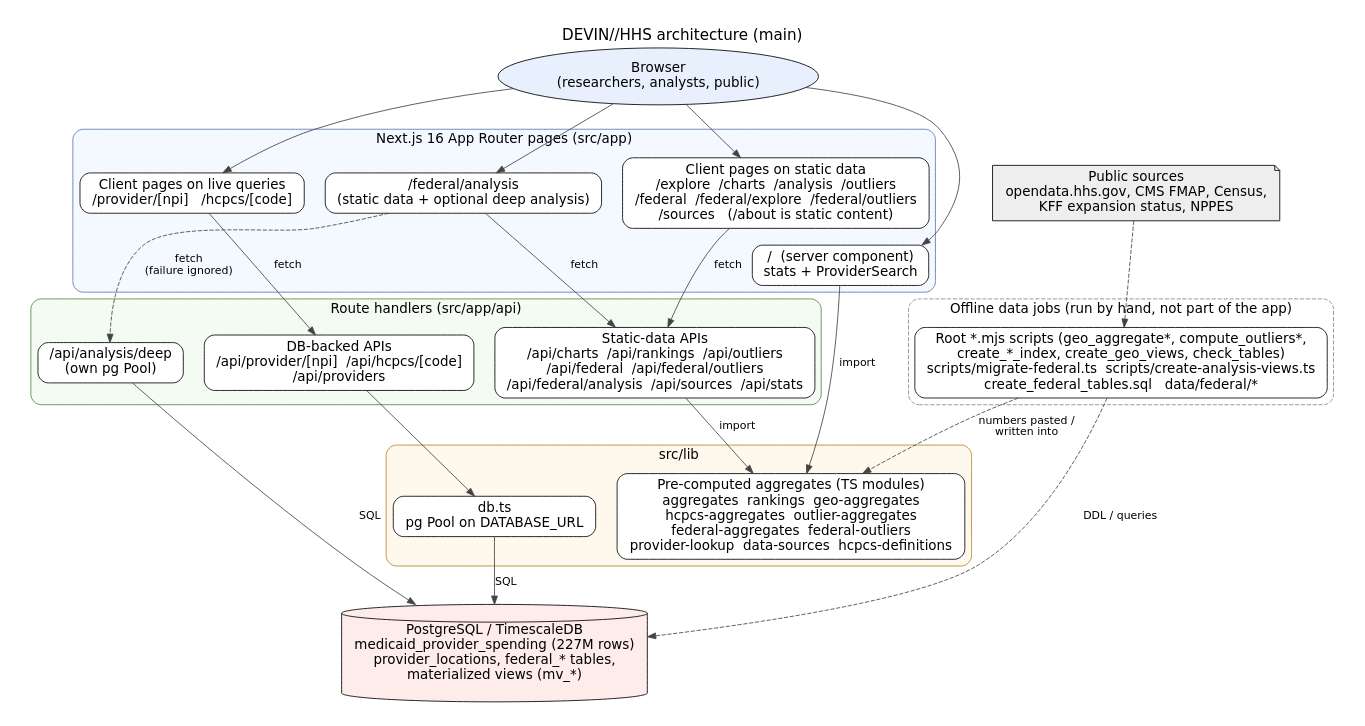
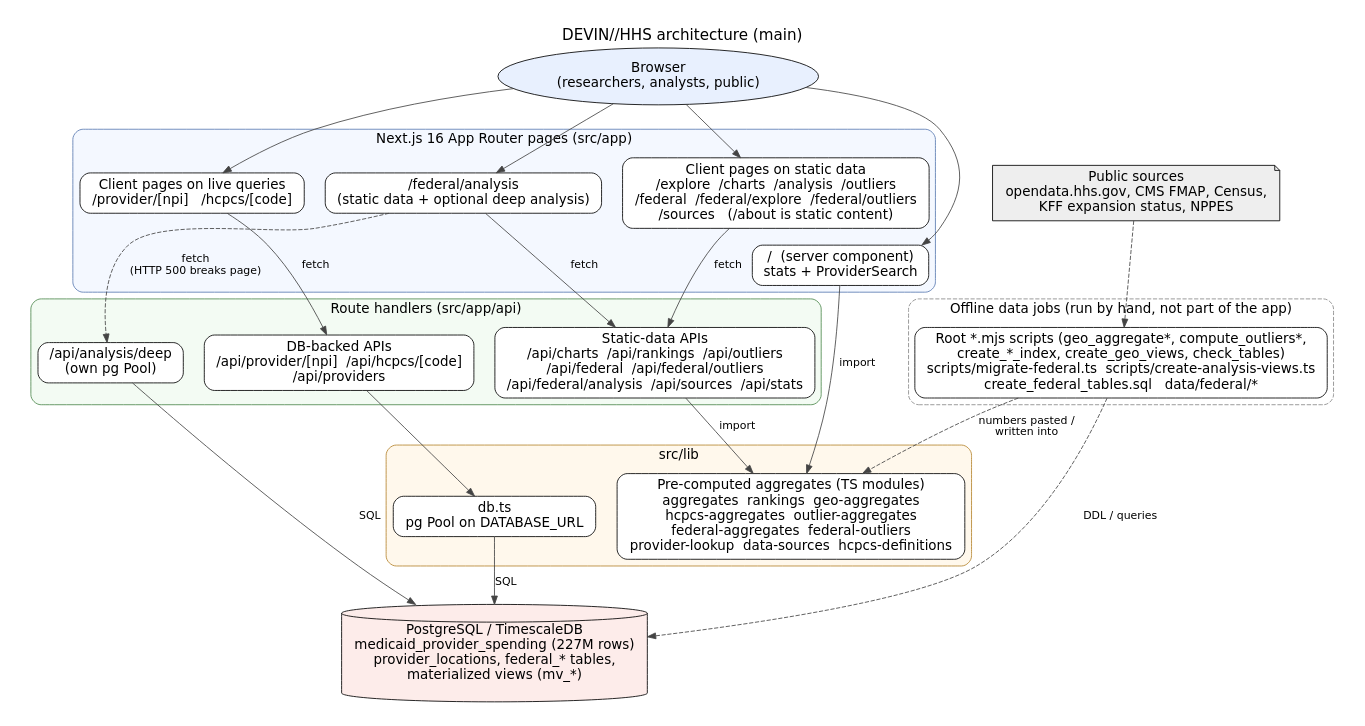
The diagram in docs/diagrams/architecture.dot (COG-GTM/devin-medicaid-hhs), drawn with Graphviz before and after one commit. The commit also changed 2 other files, not shown here.

Commit message:
docs: correct deep-analysis failure label in diagram

```diff
--- a/docs/diagrams/architecture.dot
+++ b/docs/diagrams/architecture.dot
@@ -1,55 +1,55 @@
 // DEVIN//HHS architecture (main). Edit this file, then run docs/diagrams/render.sh.
 digraph architecture {
   graph [rankdir=TB, fontname="DejaVu Sans", fontsize=18, nodesep=0.35, ranksep=0.55,
          pad=0.3, newrank=true, label="DEVIN//HHS architecture (main)", labelloc=t];
   node  [shape=box, style="rounded,filled", fillcolor=white, fontname="DejaVu Sans", fontsize=16, margin="0.18,0.08"];
   edge  [fontname="DejaVu Sans", fontsize=13, color="#444444"];
 
   browser [label="Browser\n(researchers, analysts, public)", shape=oval, fillcolor="#e8f0fe"];
 
   subgraph cluster_pages {
     label="Next.js 16 App Router pages (src/app)"; style="rounded,filled"; fillcolor="#f4f8ff"; color="#5b7bb2"; fontsize=16;
     home [label="/  (server component)\nstats + ProviderSearch"];
     static_pages [label="Client pages on static data\n/explore  /charts  /analysis  /outliers\n/federal  /federal/explore  /federal/outliers\n/sources   (/about is static content)"];
     db_pages [label="Client pages on live queries\n/provider/[npi]   /hcpcs/[code]"];
     fed_analysis [label="/federal/analysis\n(static data + optional deep analysis)"];
   }
 
   subgraph cluster_api {
     label="Route handlers (src/app/api)"; style="rounded,filled"; fillcolor="#f3fbf3"; color="#4f8a4f"; fontsize=16;
     api_static [label="Static-data APIs\n/api/charts  /api/rankings  /api/outliers\n/api/federal  /api/federal/outliers\n/api/federal/analysis  /api/sources  /api/stats"];
     api_db [label="DB-backed APIs\n/api/provider/[npi]  /api/hcpcs/[code]\n/api/providers"];
     api_deep [label="/api/analysis/deep\n(own pg Pool)"];
   }
 
   subgraph cluster_lib {
     label="src/lib"; style="rounded,filled"; fillcolor="#fff8ec"; color="#b5852f"; fontsize=16;
     aggregates [label="Pre-computed aggregates (TS modules)\naggregates  rankings  geo-aggregates\nhcpcs-aggregates  outlier-aggregates\nfederal-aggregates  federal-outliers\nprovider-lookup  data-sources  hcpcs-definitions"];
     dbts [label="db.ts\npg Pool on DATABASE_URL"];
   }
 
   pg [label="PostgreSQL / TimescaleDB\nmedicaid_provider_spending (227M rows)\nprovider_locations, federal_* tables,\nmaterialized views (mv_*)", shape=cylinder, fillcolor="#fdecea"];
 
   subgraph cluster_offline {
     label="Offline data jobs (run by hand, not part of the app)"; style="rounded,dashed"; color="#888888"; fontsize=16;
     offline [label="Root *.mjs scripts (geo_aggregate*, compute_outliers*,\ncreate_*_index, create_geo_views, check_tables)\nscripts/migrate-federal.ts  scripts/create-analysis-views.ts\ncreate_federal_tables.sql   data/federal/*"];
   }
 
   sources [label="Public sources\nopendata.hhs.gov, CMS FMAP, Census,\nKFF expansion status, NPPES", shape=note, fillcolor="#eeeeee"];
 
   browser -> home; browser -> static_pages; browser -> db_pages; browser -> fed_analysis;
   home -> aggregates [label="import"];
   static_pages -> api_static [label="fetch"];
   fed_analysis -> api_static [label="fetch"];
-  fed_analysis -> api_deep [label="fetch\n(failure ignored)", style=dashed];
+  fed_analysis -> api_deep [label="fetch\n(HTTP 500 breaks page)", style=dashed];
   db_pages -> api_db [label="fetch"];
   api_static -> aggregates [label="import"];
   api_db -> dbts;
   dbts -> pg [label="SQL"];
   api_deep -> pg [label="SQL"];
   offline -> pg [label="DDL / queries", style=dashed];
   offline -> aggregates [label="numbers pasted /\nwritten into", style=dashed];
   sources -> offline [style=dashed];
 
   {rank=same; api_static; api_db; api_deep;}
 }
```
